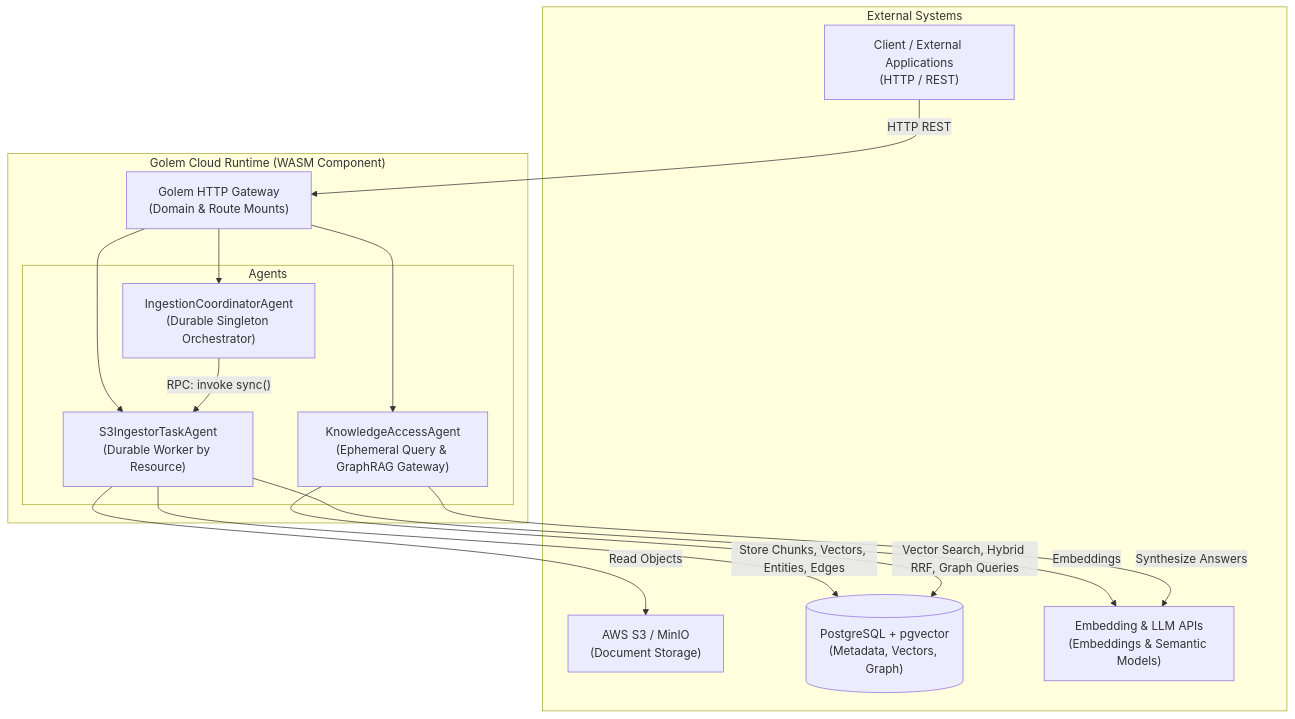
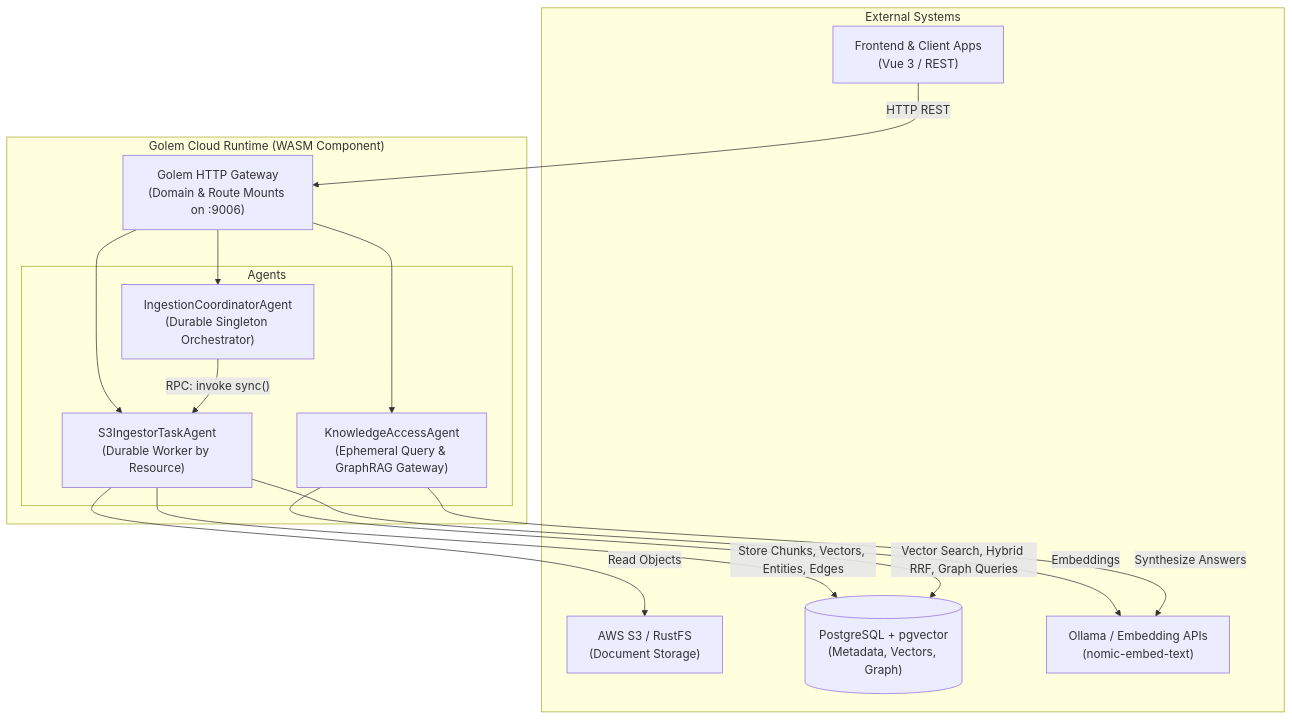
Before and after one commit to justcoon/golem-kgs-effect: the diagram in README.md, drawn with Mermaid. The commit also changed other lines of this file and 61 other files, not shown here.

````diff
--- a/README.md
+++ b/README.md
@@ -9,32 +9,32 @@
 ```mermaid
 flowchart TD
     subgraph External["External Systems"]
-        S3["AWS S3 / MinIO<br/>(Document Storage)"]
+        S3["AWS S3 / RustFS<br/>(Document Storage)"]
         PG[("PostgreSQL + pgvector<br/>(Metadata, Vectors, Graph)")]
-        LLM["Embedding & LLM APIs<br/>(Embeddings & Semantic Models)"]
-        Client["Client / External Applications<br/>(HTTP / REST)"]
+        LLM["Ollama / Embedding APIs<br/>(nomic-embed-text)"]
+        Client["Frontend & Client Apps<br/>(Vue 3 / REST)"]
     end
 
     subgraph Golem["Golem Cloud Runtime (WASM Component)"]
-        GW["Golem HTTP Gateway<br/>(Domain & Route Mounts)"]
+        GW["Golem HTTP Gateway<br/>(Domain & Route Mounts on :9006)"]
         
         subgraph Agents["Agents"]
             Coord["IngestionCoordinatorAgent<br/>(Durable Singleton Orchestrator)"]
             S3Worker["S3IngestorTaskAgent<br/>(Durable Worker by Resource)"]
             Access["KnowledgeAccessAgent<br/>(Ephemeral Query & GraphRAG Gateway)"]
         end
     end
 
     Client -->|HTTP REST| GW
     GW --> Access
     GW --> Coord
     GW --> S3Worker
 
     Coord -->|"RPC: invoke sync()"| S3Worker
     S3Worker -->|"Read Objects"| S3
     S3Worker -->|"Embeddings"| LLM
     S3Worker -->|"Store Chunks, Vectors, Entities, Edges"| PG
 
     Access -->|"Vector Search, Hybrid RRF, Graph Queries"| PG
     Access -->|"Synthesize Answers"| LLM
 ```
````
